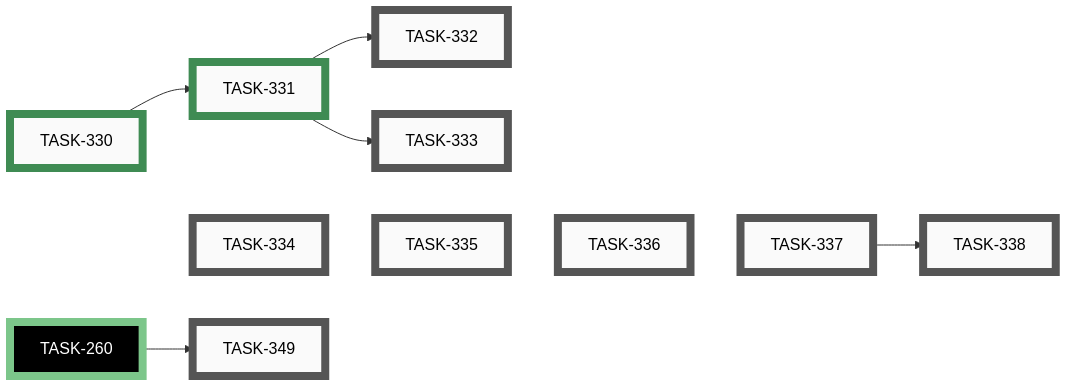
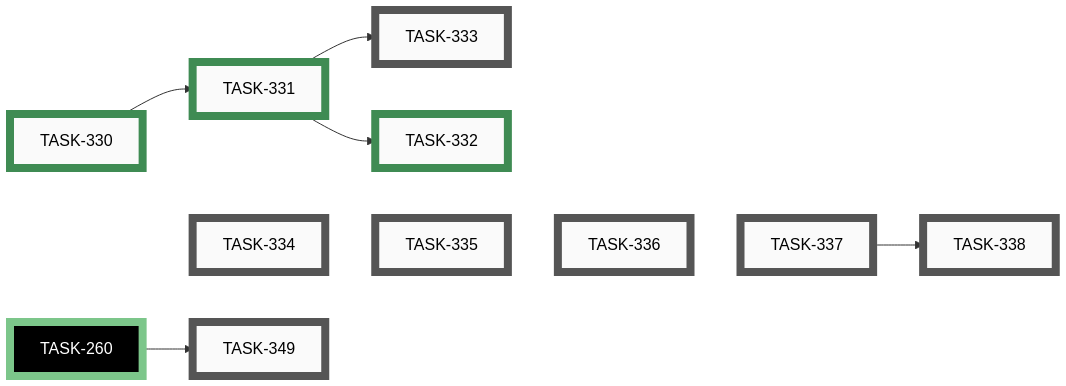
One commit to tgd1975/AwesomeStudioPedal changed the eighth of 10 diagrams in docs/developers/tasks/EPICS.md. Above: the diagram before and after it, drawn with Mermaid. The commit also changed other lines of this file and 11 other files, not shown here.

First line of the commit message:
close TASK-332: Add How-To quickstart page (3–5 steps)

````diff
--- a/docs/developers/tasks/EPICS.md
+++ b/docs/developers/tasks/EPICS.md
@@ -296,39 +296,39 @@
 ```mermaid
 graph LR
-    TASK_332["TASK-332"]:::open
     TASK_333["TASK-333"]:::open
     TASK_334["TASK-334"]:::open
     TASK_335["TASK-335"]:::open
     TASK_336["TASK-336"]:::open
     TASK_337["TASK-337"]:::open
     TASK_338["TASK-338"]:::open
     TASK_349["TASK-349"]:::open
     TASK_330["TASK-330"]:::closed
     TASK_331["TASK-331"]:::closed
+    TASK_332["TASK-332"]:::closed
     TASK_260["TASK-260"]:::closedExt
-    TASK_331 --> TASK_332
     TASK_331 --> TASK_333
     TASK_337 --> TASK_338
     TASK_260 --> TASK_349
     TASK_330 --> TASK_331
+    TASK_331 --> TASK_332
     TASK_330 ~~~ TASK_334 ~~~ TASK_335 ~~~ TASK_336 ~~~ TASK_337
-    click TASK_332 "open/task-332-add-howto-quickstart-page.md"
     click TASK_333 "open/task-333-add-profiles-troubleshooting-legal-pages.md"
     click TASK_334 "open/task-334-add-startup-splash-screen.md"
     click TASK_335 "open/task-335-add-connection-status-strip-and-details-sheet.md"
     click TASK_336 "open/task-336-add-connected-pedal-page-board-only.md"
     click TASK_337 "open/task-337-firmware-expose-version-config-active-profile.md"
     click TASK_338 "open/task-338-add-hid-display-table-and-live-keystroke-page.md"
     click TASK_349 "open/task-349-display-unified-version-in-mobile-app.md"
     click TASK_330 "closed/task-330-decide-content-page-open-questions.md"
     click TASK_331 "closed/task-331-add-info-about-page.md"
+    click TASK_332 "closed/task-332-add-howto-quickstart-page.md"
     click TASK_260 "closed/task-260-unify-version-numbers-across-deliverables.md"
     classDef open    fill:#FAFAFA,stroke:#555,stroke-width:8px,color:#000
     classDef active  fill:#FAFAFA,stroke:#1A6FA8,stroke-width:8px,color:#000
     classDef closed  fill:#FAFAFA,stroke:#3F8B53,stroke-width:8px,color:#000
     classDef paused  fill:#FAFAFA,stroke:#B07810,stroke-width:8px,color:#000
     classDef openExt    fill:#000,stroke:#888,stroke-width:8px,color:#FFF
     classDef activeExt  fill:#000,stroke:#3FA9F5,stroke-width:8px,color:#FFF
     classDef closedExt  fill:#000,stroke:#7CC68A,stroke-width:8px,color:#FFF
     classDef pausedExt  fill:#000,stroke:#F0B030,stroke-width:8px,color:#FFF
 ```
````
